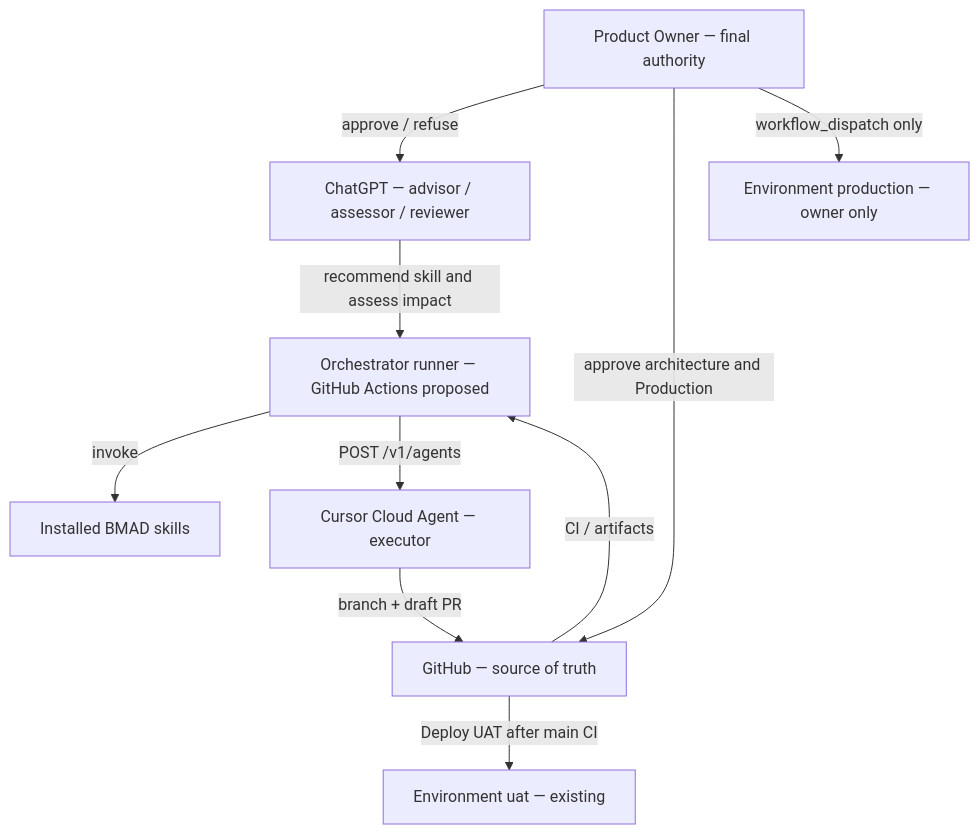
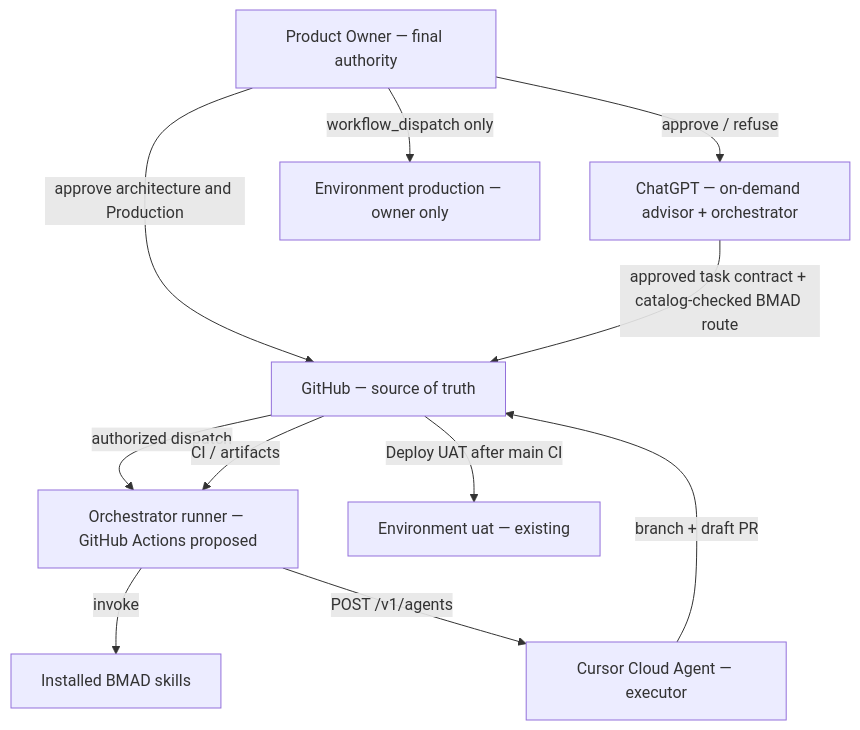
One commit to fad16papa/Cohestra changed the diagram in _bmad-output/planning-artifacts/autonomous-development-control-program-2026-10-25/04-governance.md. Above: the diagram before and after it, drawn with Mermaid. The commit also changed other lines of this file and 4 other files, not shown here.

Commit message:
docs(adcp): reconcile pilot architecture governance and model policy

````diff
--- a/_bmad-output/planning-artifacts/autonomous-development-control-program-2026-10-25/04-governance.md
+++ b/_bmad-output/planning-artifacts/autonomous-development-control-program-2026-10-25/04-governance.md
@@ -11,21 +11,22 @@
 ```mermaid
 flowchart TB
   PO[Product Owner — final authority]
-  CG[ChatGPT — advisor / assessor / reviewer]
+  CG[ChatGPT — on-demand advisor + orchestrator]
   ORCH[Orchestrator runner — GitHub Actions proposed]
   BMAD[Installed BMAD skills]
   CUR[Cursor Cloud Agent — executor]
   GH[GitHub — source of truth]
   UAT[Environment uat — existing]
   PROD[Environment production — owner only]
 
   PO -->|approve / refuse| CG
   PO -->|approve architecture and Production| GH
-  CG -->|recommend skill and assess impact| ORCH
+  CG -->|approved task contract + catalog-checked BMAD route| GH
+  GH -->|authorized dispatch| ORCH
   ORCH -->|invoke| BMAD
   ORCH -->|POST /v1/agents| CUR
   CUR -->|branch + draft PR| GH
   GH -->|CI / artifacts| ORCH
   GH -->|Deploy UAT after main CI| UAT
   PO -->|workflow_dispatch only| PROD
 ```
````
